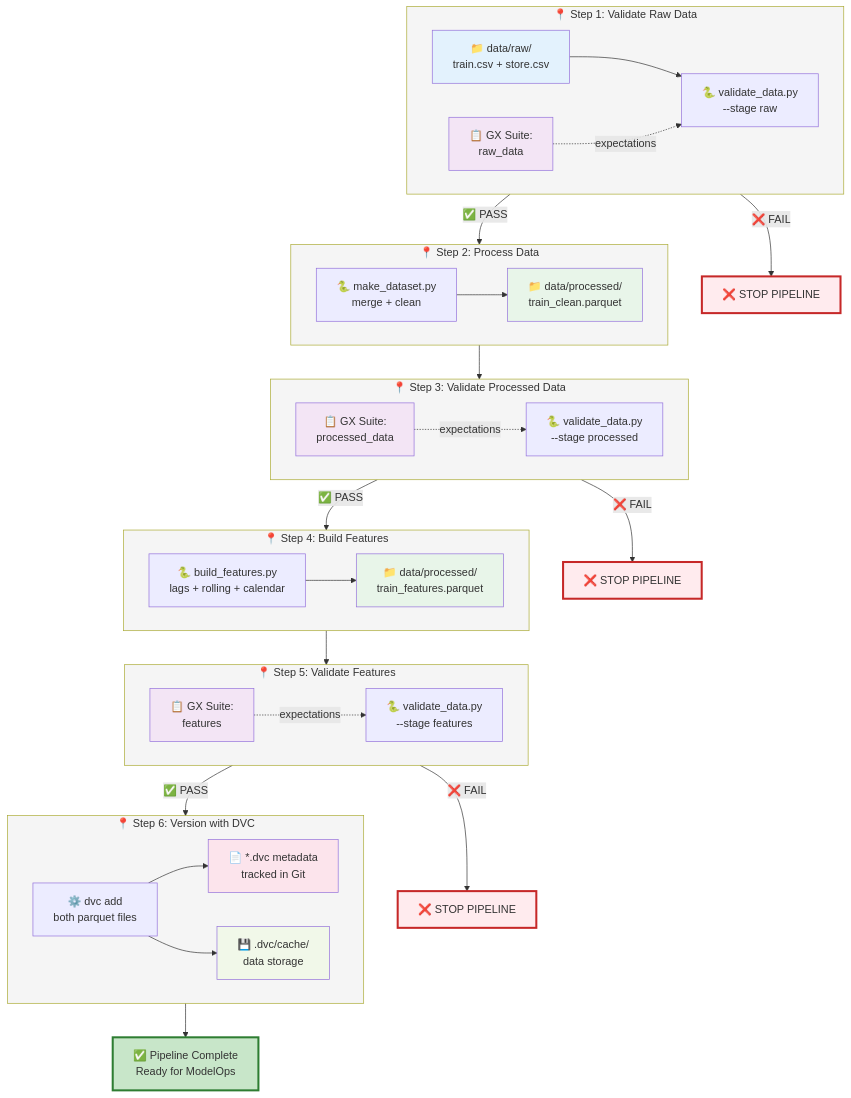
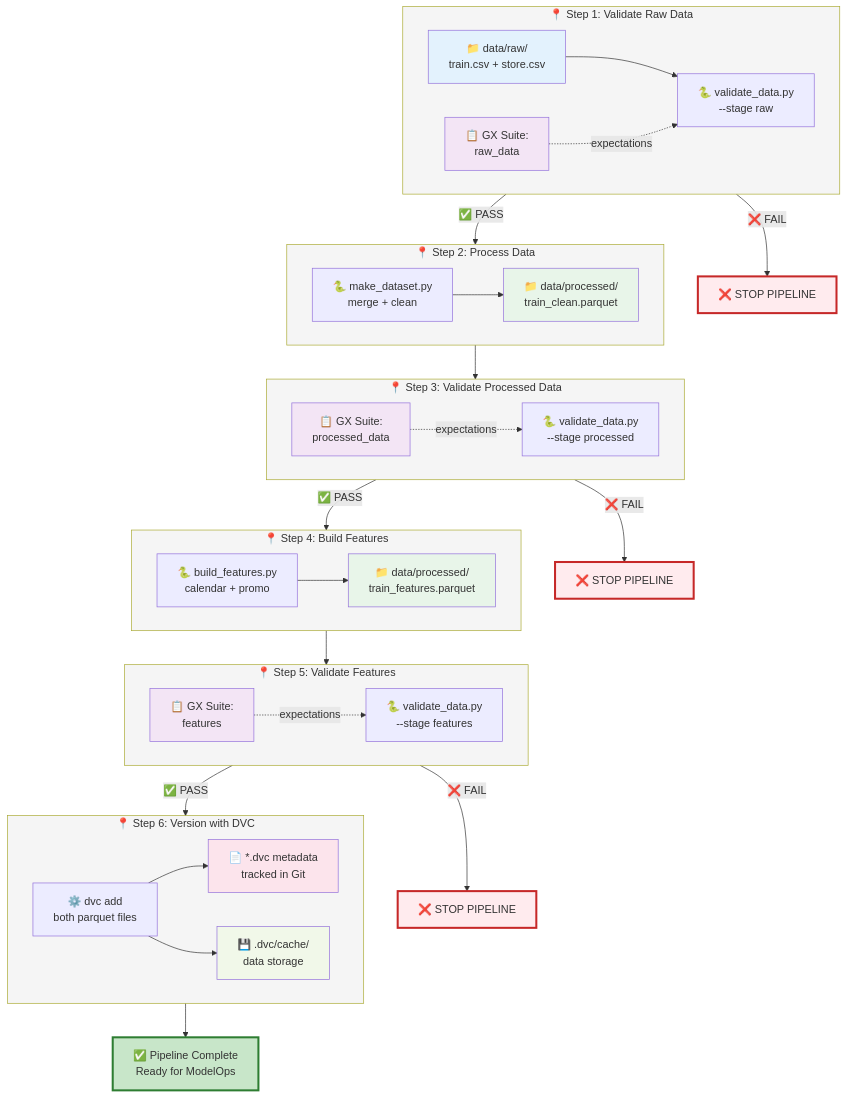
One commit to bradleyboehmke/uc-bana-7075-reference-system changed the diagram in docs/dataops/steps.md. Above: the diagram before and after it, drawn with Mermaid. The commit also changed other lines of this file and 71 other files, not shown here.

````diff
--- a/docs/dataops/steps.md
+++ b/docs/dataops/steps.md
@@ -248,82 +244,82 @@
 ```mermaid
 flowchart TB
     subgraph Step1["📍 Step 1: Validate Raw Data"]
         direction LR
         R1[📁 data/raw/<br/>train.csv + store.csv]
         GX1[📋 GX Suite:<br/>raw_data]
         V1[🐍 validate_data.py<br/>--stage raw]
         R1 --> V1
         GX1 -.expectations.-> V1
     end
 
     V1 -->|✅ PASS| Step2
     V1 -->|❌ FAIL| Stop1[❌ STOP PIPELINE]
 
     subgraph Step2["📍 Step 2: Process Data"]
         direction LR
         P1[🐍 make_dataset.py<br/>merge + clean]
         OUT1[📁 data/processed/<br/>train_clean.parquet]
         P1 --> OUT1
     end
 
     OUT1 --> Step3
 
     subgraph Step3["📍 Step 3: Validate Processed Data"]
         direction LR
         GX2[📋 GX Suite:<br/>processed_data]
         V2[🐍 validate_data.py<br/>--stage processed]
         GX2 -.expectations.-> V2
     end
 
     V2 -->|✅ PASS| Step4
     V2 -->|❌ FAIL| Stop2[❌ STOP PIPELINE]
 
     subgraph Step4["📍 Step 4: Build Features"]
         direction LR
-        F1[🐍 build_features.py<br/>lags + rolling + calendar]
+        F1[🐍 build_features.py<br/>calendar + promo]
         OUT2[📁 data/processed/<br/>train_features.parquet]
         F1 --> OUT2
     end
 
     OUT2 --> Step5
 
     subgraph Step5["📍 Step 5: Validate Features"]
         direction LR
         GX3[📋 GX Suite:<br/>features]
         V3[🐍 validate_data.py<br/>--stage features]
         GX3 -.expectations.-> V3
     end
 
     V3 -->|✅ PASS| Step6
     V3 -->|❌ FAIL| Stop3[❌ STOP PIPELINE]
 
     subgraph Step6["📍 Step 6: Version with DVC"]
         direction LR
         DVC1[⚙️ dvc add<br/>both parquet files]
         META1[📄 *.dvc metadata<br/>tracked in Git]
         CACHE1[💾 .dvc/cache/<br/>data storage]
         DVC1 --> META1
         DVC1 --> CACHE1
     end
 
     Step6 --> Success[✅ Pipeline Complete<br/>Ready for ModelOps]
 
     style Stop1 fill:#ffebee,stroke:#c62828,stroke-width:3px
     style Stop2 fill:#ffebee,stroke:#c62828,stroke-width:3px
     style Stop3 fill:#ffebee,stroke:#c62828,stroke-width:3px
     style R1 fill:#e3f2fd
     style OUT1 fill:#e8f5e9
     style OUT2 fill:#e8f5e9
     style GX1 fill:#f3e5f5
     style GX2 fill:#f3e5f5
     style GX3 fill:#f3e5f5
     style META1 fill:#fce4ec
     style CACHE1 fill:#f1f8e9
     style Success fill:#c8e6c9,stroke:#2e7d32,stroke-width:3px
     style Step1 fill:#f5f5f5
     style Step2 fill:#f5f5f5
     style Step3 fill:#f5f5f5
     style Step4 fill:#f5f5f5
     style Step5 fill:#f5f5f5
     style Step6 fill:#f5f5f5
 ```
````
